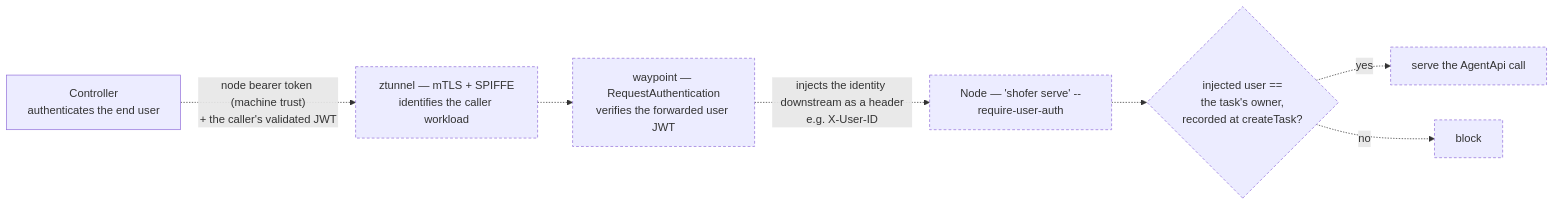
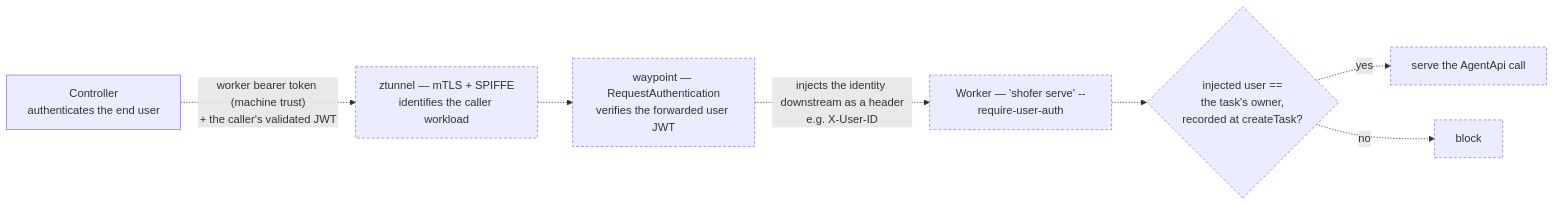
One commit to shofer-dev/shofer changed the third of 3 diagrams in docs/agentapi.md. Above: the diagram before and after it, drawn with Mermaid. The commit also changed other lines of this file and 65 other files, not shown here.

````diff
--- a/docs/agentapi.md
+++ b/docs/agentapi.md
@@ -189,20 +189,20 @@
 ```mermaid
 flowchart LR
     CTRL["Controller<br/>authenticates the end user"]
     ZT["ztunnel — mTLS + SPIFFE<br/>identifies the caller workload"]
     WP["waypoint — RequestAuthentication<br/>verifies the forwarded user JWT"]
-    NODE["Node — 'shofer serve' --require-user-auth"]
+    NODE["Worker — 'shofer serve' --require-user-auth"]
     OWNER{"injected user ==<br/>the task's owner,<br/>recorded at createTask?"}
     OK["serve the AgentApi call"]
     NO["block"]
 
-    CTRL -.->|"node bearer token (machine trust)<br/>+ the caller's validated JWT"| ZT
+    CTRL -.->|"worker bearer token (machine trust)<br/>+ the caller's validated JWT"| ZT
     ZT -.-> WP
     WP -.->|"injects the identity downstream as a header<br/>e.g. X-User-ID"| NODE
     NODE -.-> OWNER
     OWNER -.->|yes| OK
     OWNER -.->|no| NO
 
     classDef proposed stroke-dasharray: 4 3
     class ZT,WP,NODE,OWNER,OK,NO proposed
 ```
````
